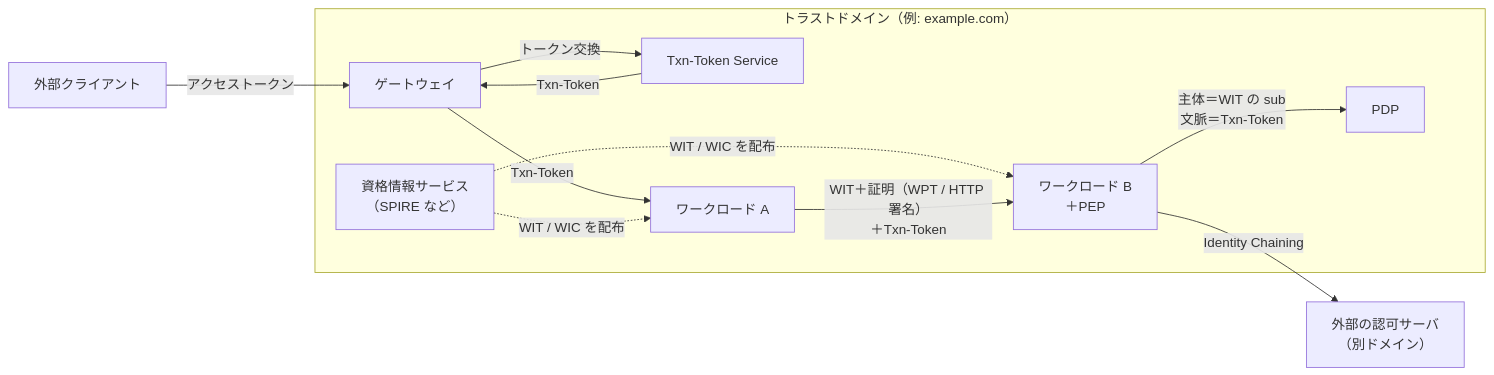
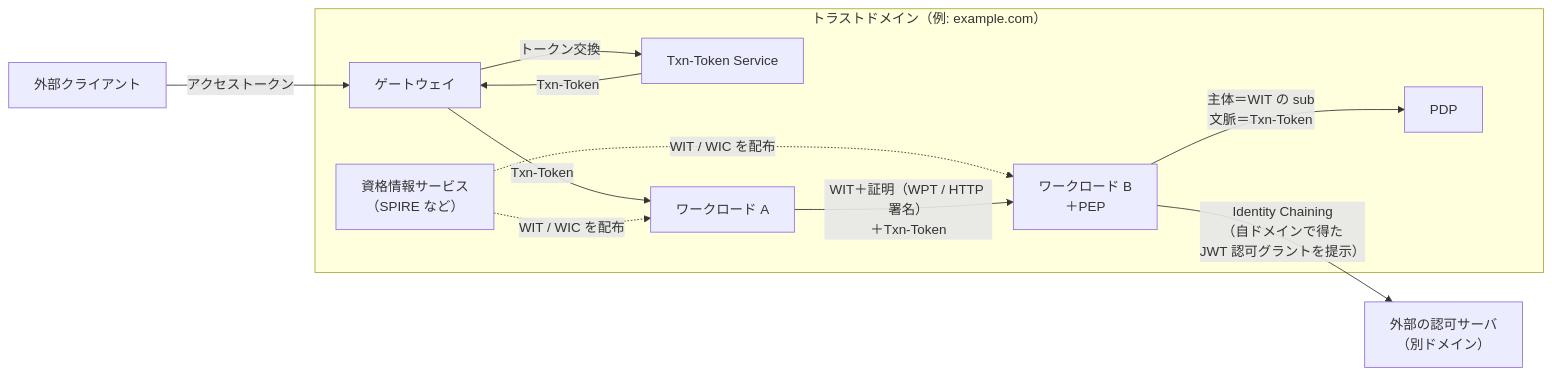
One commit to bmf-san/bmf-tech changed the first of 5 diagrams in content/ja/posts/workload-identity-wimse-transaction-tokens.md. Above: the diagram before and after it, drawn with Mermaid. The commit also changed other lines of this file and 1 other file, not shown here.

First line of the commit message:
fix: ワークロードアイデンティティの記事の図・指針・まとめを本文と一次資料の条件に合わせる

````diff
--- a/content/ja/posts/workload-identity-wimse-transaction-tokens.md
+++ b/content/ja/posts/workload-identity-wimse-transaction-tokens.md
@@ -56,22 +56,22 @@
 ```mermaid
 flowchart LR
     subgraph TDOM["トラストドメイン（例: example.com）"]
         IS["資格情報サービス<br/>（SPIRE など）"]
         GW["ゲートウェイ"]
         TTS["Txn-Token Service"]
         A["ワークロード A"]
         B["ワークロード B<br/>＋PEP"]
         PDP["PDP"]
     end
     C["外部クライアント"]
     AS["外部の認可サーバ<br/>（別ドメイン）"]
     C -- "アクセストークン" --> GW
     GW -- "トークン交換" --> TTS
     TTS -- "Txn-Token" --> GW
     GW -- "Txn-Token" --> A
     IS -. "WIT / WIC を配布" .-> A
     IS -. "WIT / WIC を配布" .-> B
     A -- "WIT＋証明（WPT / HTTP 署名）<br/>＋Txn-Token" --> B
     B -- "主体＝WIT の sub<br/>文脈＝Txn-Token" --> PDP
-    B -- "Identity Chaining" --> AS
+    B -- "Identity Chaining<br/>（自ドメインで得た<br/>JWT 認可グラントを提示）" --> AS
 ```
````
